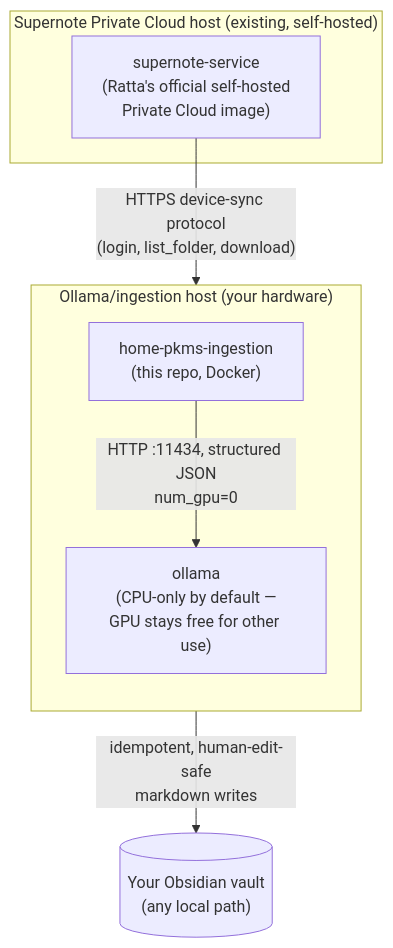
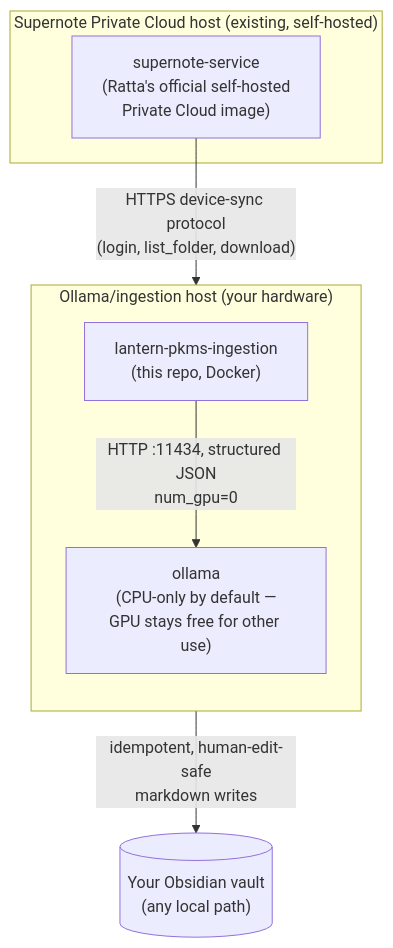
One commit to mlh5599/lantern-pkms changed the second of 3 diagrams in README.md. Above: the diagram before and after it, drawn with Mermaid. The commit also changed other lines of this file and 33 other files, not shown here.

First line of the commit message:
Rename project from home-pkms to lantern-pkms

````diff
--- a/README.md
+++ b/README.md
@@ -56,18 +56,18 @@
 ```mermaid
 flowchart TD
     subgraph sn_host["Supernote Private Cloud host (existing, self-hosted)"]
         SN["supernote-service<br/>(Ratta's official self-hosted<br/>Private Cloud image)"]
     end
 
     subgraph ai_host["Ollama/ingestion host (your hardware)"]
         direction TB
-        HP["home-pkms-ingestion<br/>(this repo, Docker)"]
+        HP["lantern-pkms-ingestion<br/>(this repo, Docker)"]
         OL["ollama<br/>(CPU-only by default —<br/>GPU stays free for other use)"]
         HP -- "HTTP :11434, structured JSON<br/>num_gpu=0" --> OL
     end
 
     Vault[("Your Obsidian vault<br/>(any local path)")]
 
     SN -- "HTTPS device-sync protocol<br/>(login, list_folder, download)" --> HP
     HP -- "idempotent, human-edit-safe<br/>markdown writes" --> Vault
 ```
````
